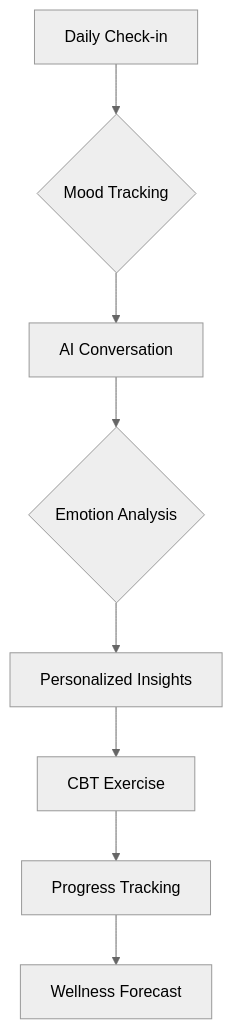
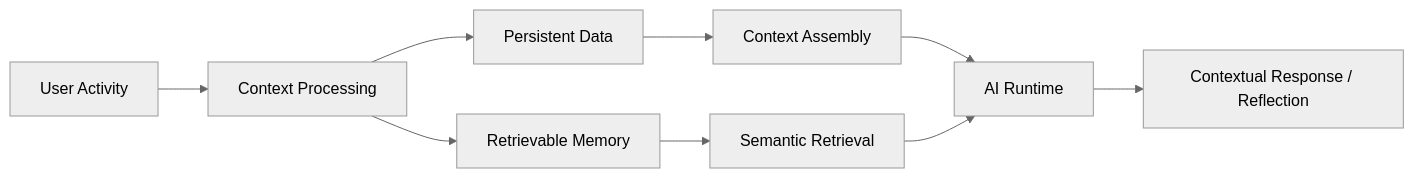
One commit to datascyther/Jouspace changed the third of 3 diagrams in README.md. Above: the diagram before and after it, drawn with Mermaid (neutral theme). The commit also changed other lines of this file, not shown here.

````diff
--- a/README.md
+++ b/README.md
@@ -220,10 +245,15 @@
 ```mermaid
-graph TD
-    A[Daily Check-in] --> B{Mood Tracking}
-    B --> C[AI Conversation]
-    C --> D{Emotion Analysis}
-    D --> E[Personalized Insights]
-    E --> F[CBT Exercise]
-    F --> G[Progress Tracking]
-    G --> H[Wellness Forecast]
+flowchart LR
+
+    A["User Activity"] --> B["Context Processing"]
+    B --> C["Persistent Data"]
+    B --> D["Retrievable Memory"]
+
+    C --> E["Context Assembly"]
+    D --> F["Semantic Retrieval"]
+
+    E --> G["AI Runtime"]
+    F --> G
+
+    G --> H["Contextual Response / Reflection"]
 ```
````
